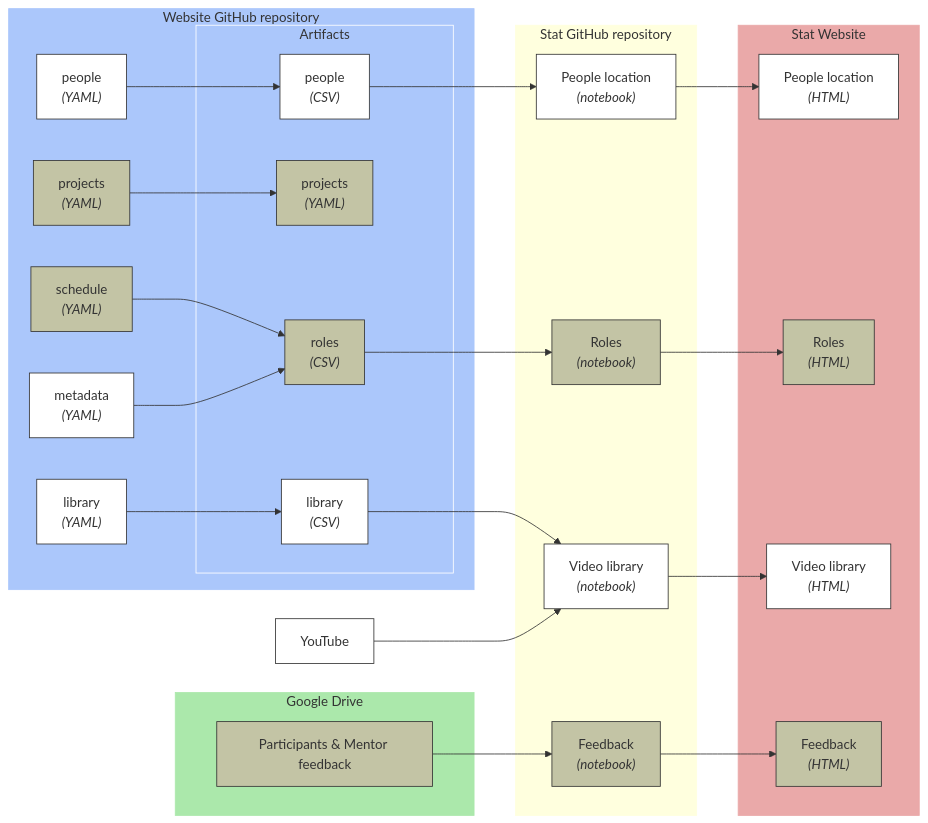
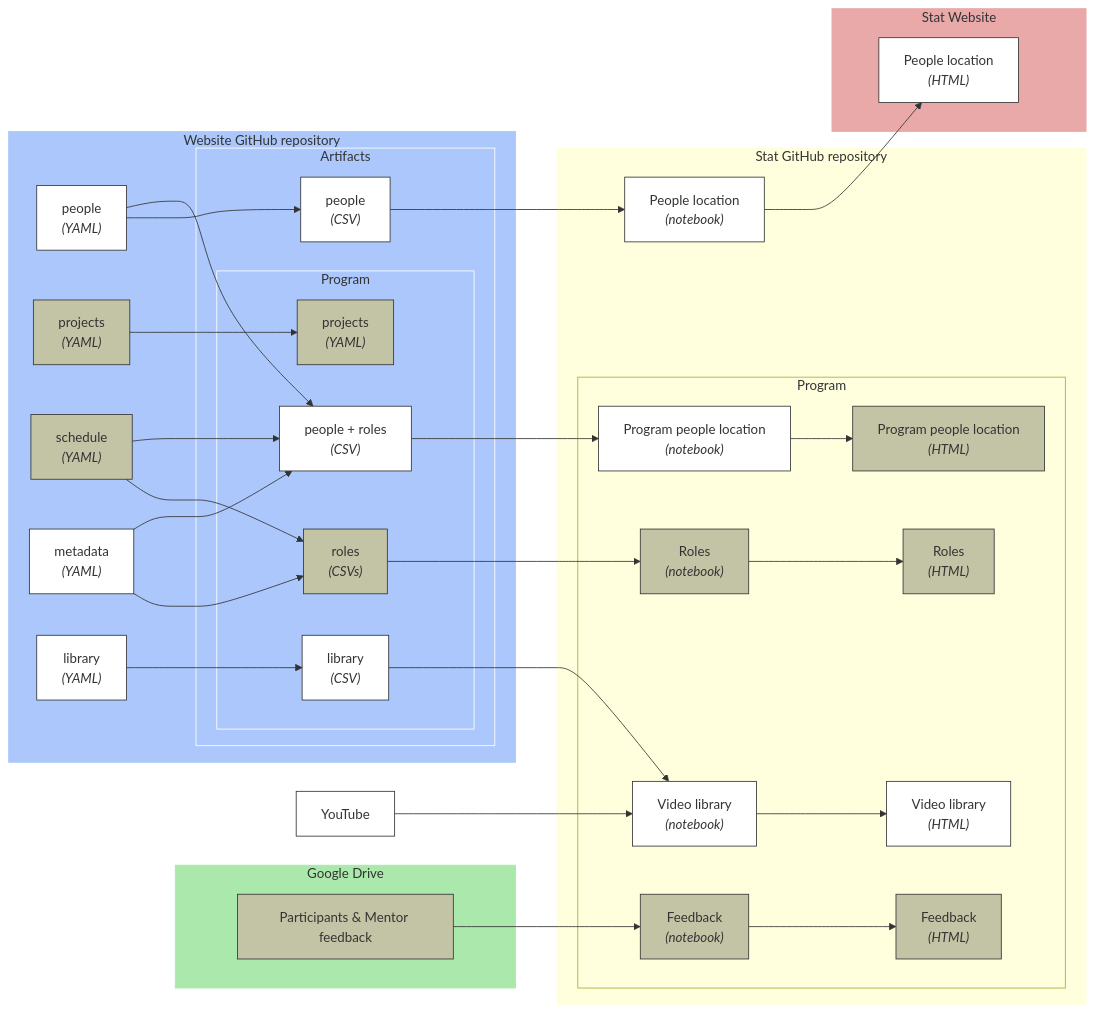
One commit to open-life-science/open-life-science.github.io changed the fourth of 4 diagrams in knowledge_management.md. Above: the diagram before and after it, drawn with Mermaid. The commit also changed other lines of this file and 7 other files, not shown here.

````diff
--- a/knowledge_management.md
+++ b/knowledge_management.md
@@ -483,53 +502,72 @@
         subgraph artifact["Artifacts"]
             peopleCSV["`people 
             *(CSV)*`"]:::nonCohort
-            libraryCSV["`library 
-            *(CSV)*`"]:::nonCohort
-            projectCSV["`projects 
-            *(YAML)*`"]:::cohort
-            rolesCSV["`roles 
-            *(CSV)*`"]:::cohort
+            subgraph githubProgram["Program"]
+                libraryCSV["`library 
+                *(CSV)*`"]:::nonCohort
+                projectCSV["`projects 
+                *(YAML)*`"]:::cohort
+                rolesCSV["`roles 
+                *(CSVs)*`"]:::cohort
+                peopleRolesCSV["`people + roles
+                *(CSV)*`"]:::nonCohort
+            end
+            style githubProgram fill:#abc7fb,stroke:#fff
         end
+        style artifact fill:#abc7fb,stroke:#fff
     end
     style github fill:#abc7fb,stroke:#abc7fb
-    style artifact fill:#abc7fb,stroke:#fff
 
     subgraph statsGitHub["Stat GitHub repository"]
         locationNotebook["`People location
         *(notebook)*`"]:::nonCohort
-        rolesNotebook["`Roles
-        *(notebook)*`"]:::cohort
-        feedbackNotebook["`Feedback
-        *(notebook)*`"]:::cohort
-        libraryNotebook["`Video library
-        *(notebook)*`"]:::nonCohort
+        subgraph statsGitHubProgram["Program"]
+            programLocationNotebook["`Program people location
+            *(notebook)*`"]:::nonCohort
+            rolesNotebook["`Roles
+            *(notebook)*`"]:::cohort
+            feedbackNotebook["`Feedback
+            *(notebook)*`"]:::cohort
+            libraryNotebook["`Video library
+            *(notebook)*`"]:::nonCohort
+        end
+        style statsGitHubProgram fill:#ffffde,stroke:#fff
     end
     style statsGitHub fill:#ffffde,stroke:#ffffde
 
     subgraph website["Stat Website"]
         locationHTML["`People location
         *(HTML)*`"]:::nonCohort
-        rolesHTML["`Roles
-        *(HTML)*`"]:::cohort
-        feedbackHTML["`Feedback
-        *(HTML)*`"]:::cohort
-        libraryHTML["`Video library
-        *(HTML)*`"]:::nonCohort
+        subgraph statsGitHubProgram["Program"]
+            programLocationHTML["`Program people location
+            *(HTML)*`"]:::cohort
+            rolesHTML["`Roles
+            *(HTML)*`"]:::cohort
+            feedbackHTML["`Feedback
+            *(HTML)*`"]:::cohort
+            libraryHTML["`Video library
+            *(HTML)*`"]:::nonCohort
+        end
     end
     style website fill:#eaa9a9,stroke:#eaa9a9
 
     peopleYAML --> peopleCSV
+    peopleYAML --> peopleRolesCSV
     projectYAML --> projectCSV
     libraryYAML --> libraryCSV
     scheduleYAML --> rolesCSV
     metadataYAML --> rolesCSV
+    scheduleYAML --> peopleRolesCSV
+    metadataYAML --> peopleRolesCSV
     peopleCSV --> locationNotebook
     rolesCSV --> rolesNotebook
     youtube --> libraryNotebook
     libraryCSV --> libraryNotebook
     feedbackCSV --> feedbackNotebook
+    peopleRolesCSV --> programLocationNotebook
     locationNotebook --> locationHTML
     rolesNotebook --> rolesHTML
     feedbackNotebook --> feedbackHTML
     libraryNotebook --> libraryHTML
+    programLocationNotebook --> programLocationHTML
 ```
````
